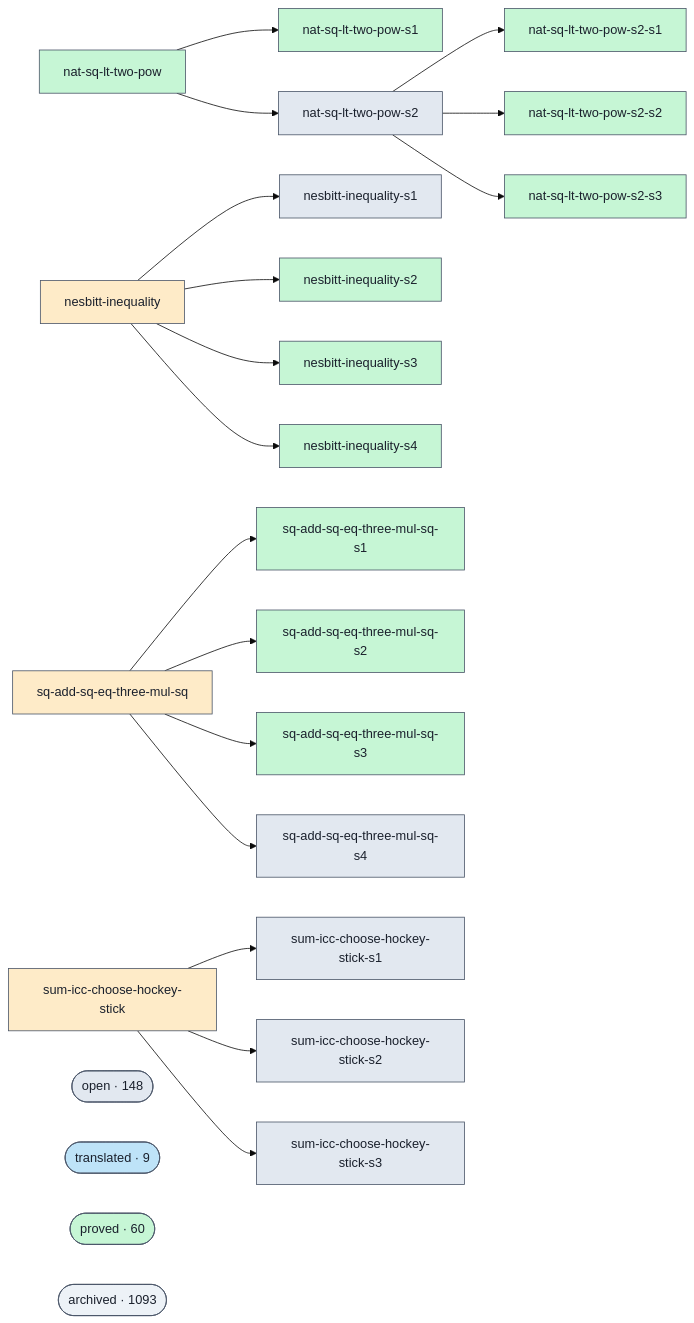
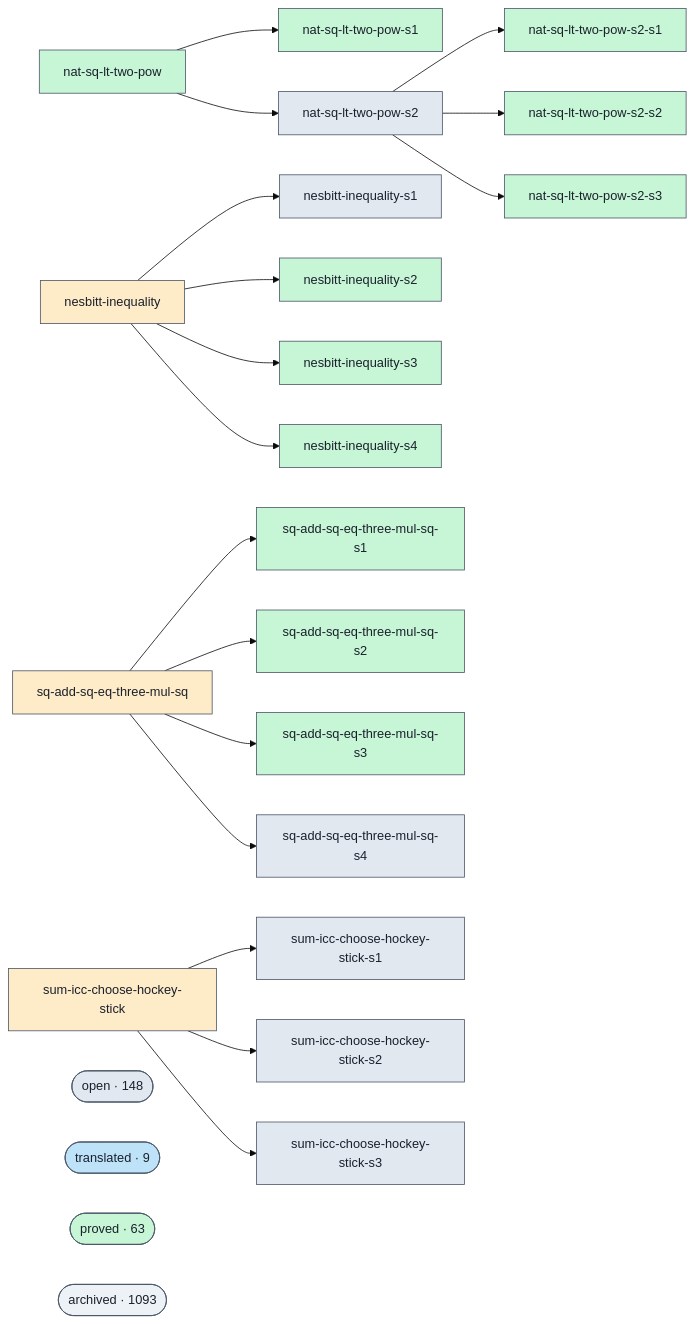
The diagram in docs/proofs-contributors-visualisation.md (ohdearquant/unsorry), drawn with Mermaid (base theme) before and after one commit. The commit also changed other lines of this file and 2 other files, not shown here.

```diff
--- a/docs/proofs-contributors-visualisation.md
+++ b/docs/proofs-contributors-visualisation.md
@@ -102,7 +102,7 @@
   class cluster_open open;
   cluster_translated(["translated · 9"])
   class cluster_translated translated;
-  cluster_proved(["proved · 60"])
+  cluster_proved(["proved · 63"])
   class cluster_proved proved;
   cluster_archived(["archived · 1093"])
   class cluster_archived unknown;
```
